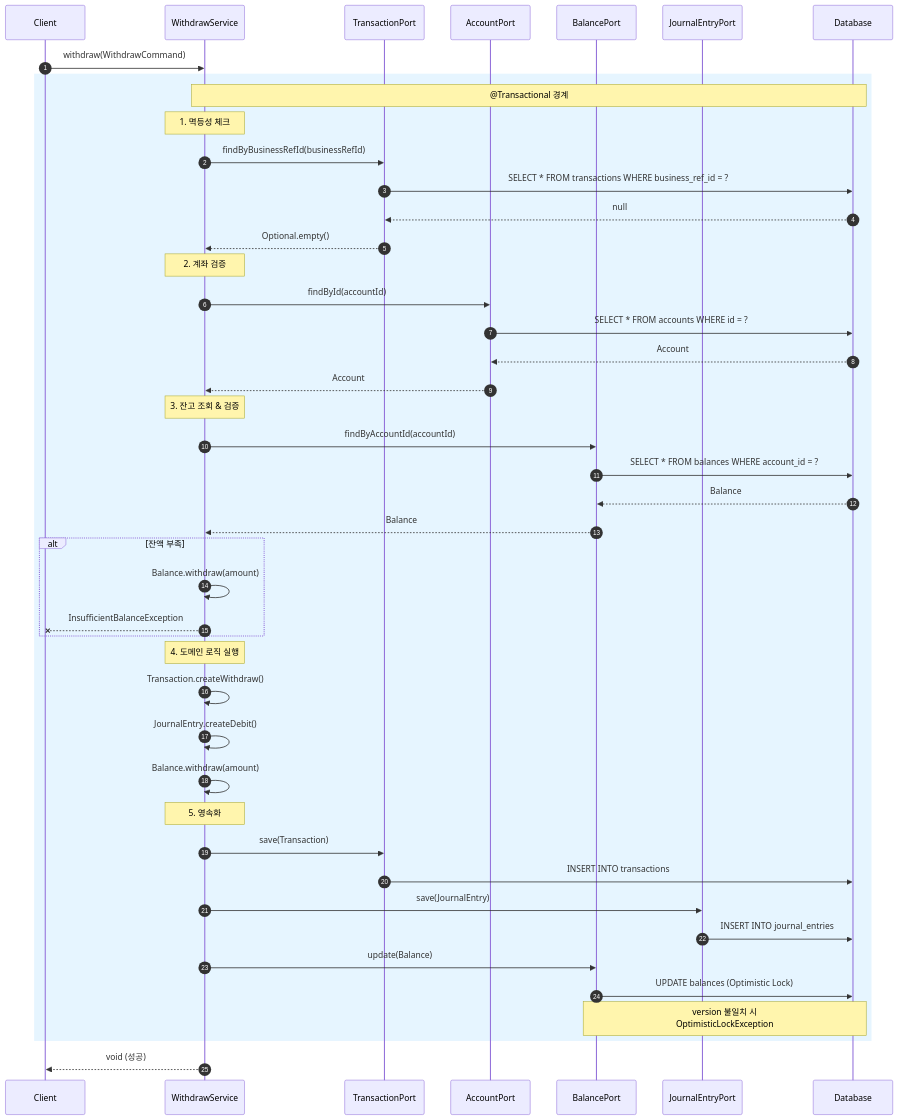
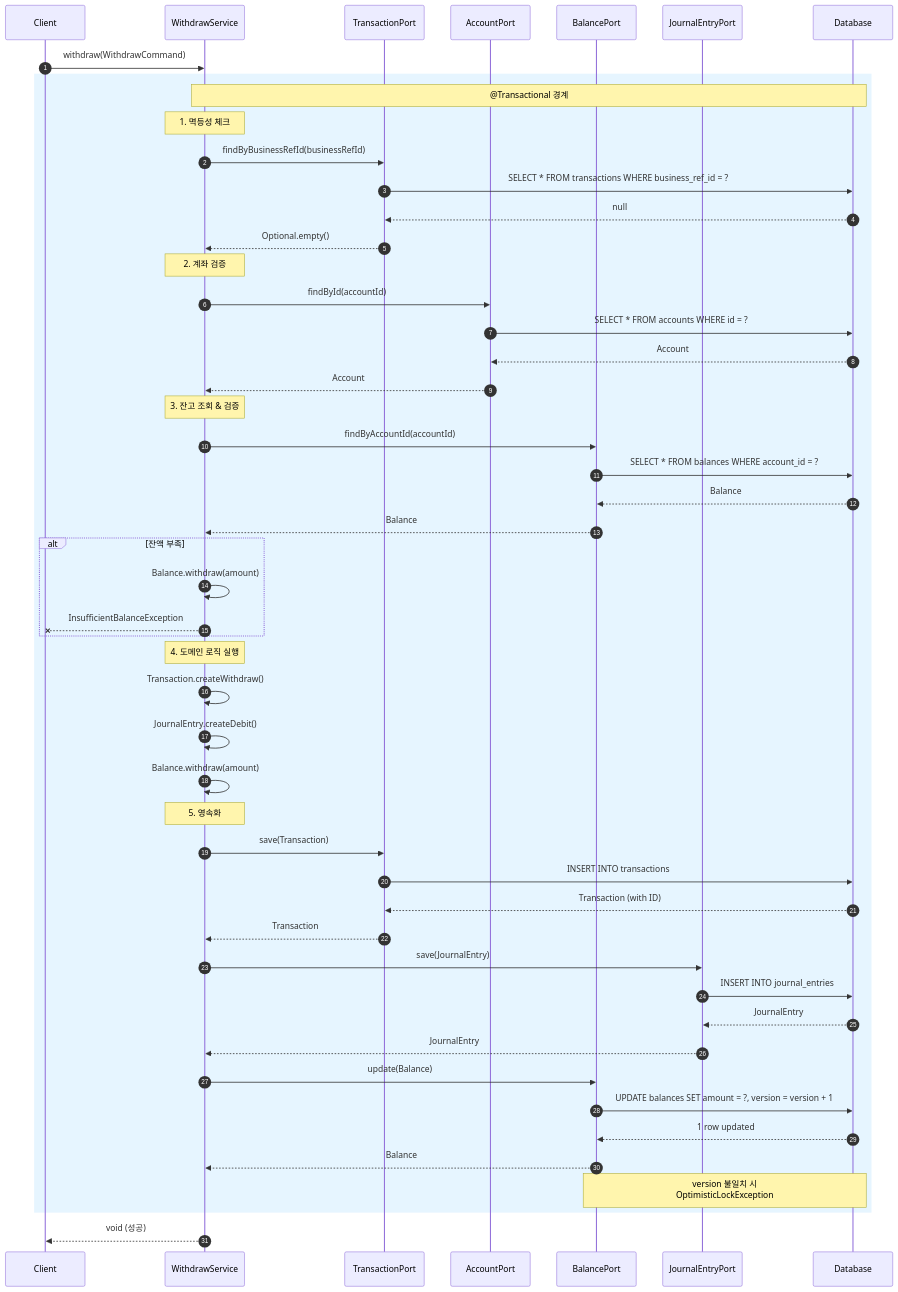
Before and after one commit to dding94/kuku-Securities: the second of 2 diagrams in docs/diagrams/deposit-sequence.md, drawn with Mermaid.

````diff
--- a/docs/diagrams/deposit-sequence.md
+++ b/docs/diagrams/deposit-sequence.md
@@ -73,60 +73,66 @@
 ```mermaid
 sequenceDiagram
     autonumber
     participant C as Client
     participant S as WithdrawService
     participant TP as TransactionPort
     participant AP as AccountPort
     participant BP as BalancePort
     participant JP as JournalEntryPort
     participant DB as Database
 
     C->>S: withdraw(WithdrawCommand)
     
     rect rgb(230, 245, 255)
     Note over S,DB: @Transactional 경계
     
     Note over S: 1. 멱등성 체크
     S->>TP: findByBusinessRefId(businessRefId)
     TP->>DB: SELECT * FROM transactions WHERE business_ref_id = ?
     DB-->>TP: null
     TP-->>S: Optional.empty()
 
     Note over S: 2. 계좌 검증
     S->>AP: findById(accountId)
     AP->>DB: SELECT * FROM accounts WHERE id = ?
     DB-->>AP: Account
     AP-->>S: Account
 
     Note over S: 3. 잔고 조회 & 검증
     S->>BP: findByAccountId(accountId)
     BP->>DB: SELECT * FROM balances WHERE account_id = ?
     DB-->>BP: Balance
     BP-->>S: Balance
 
     alt 잔액 부족
         S->>S: Balance.withdraw(amount)
         S--xC: InsufficientBalanceException
     end
 
     Note over S: 4. 도메인 로직 실행
     S->>S: Transaction.createWithdraw()
     S->>S: JournalEntry.createDebit()
     S->>S: Balance.withdraw(amount)
 
     Note over S: 5. 영속화
     S->>TP: save(Transaction)
     TP->>DB: INSERT INTO transactions
+    DB-->>TP: Transaction (with ID)
+    TP-->>S: Transaction
     
     S->>JP: save(JournalEntry)
     JP->>DB: INSERT INTO journal_entries
+    DB-->>JP: JournalEntry
+    JP-->>S: JournalEntry
     
     S->>BP: update(Balance)
-    BP->>DB: UPDATE balances (Optimistic Lock)
+    BP->>DB: UPDATE balances SET amount = ?, version = version + 1
+    DB-->>BP: 1 row updated
+    BP-->>S: Balance
     
     Note over BP,DB: version 불일치 시<br/>OptimisticLockException
     
     end
 
     S-->>C: void (성공)
 ```
````
